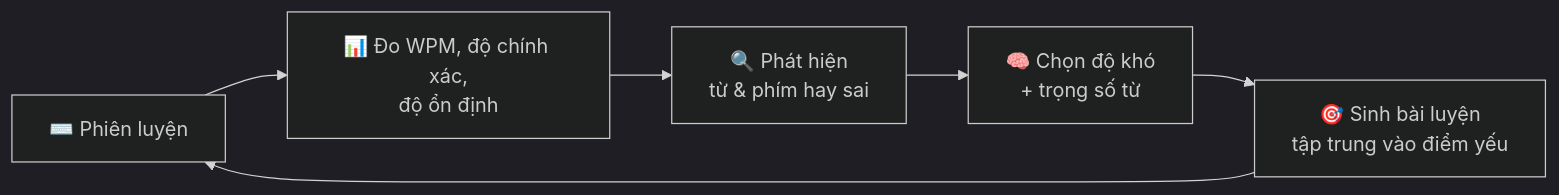
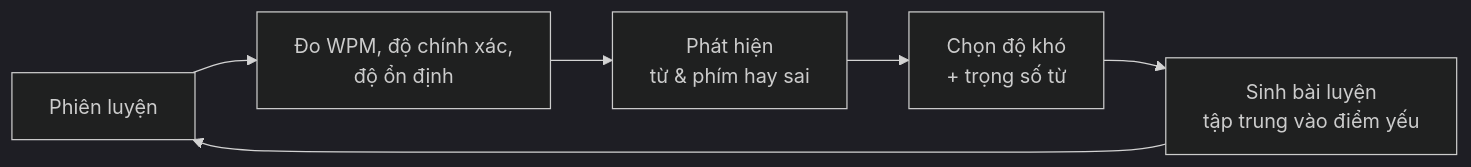
Before and after one commit to huyng-dev/type-flow: the first of 2 diagrams in README.md, drawn with Mermaid (dark theme). The commit also changed other lines of this file and 5 other files, not shown here.

````diff
--- a/README.md
+++ b/README.md
@@ -70,8 +85,8 @@
 ```mermaid
 flowchart LR
-    A["⌨️ Phiên luyện"] --> B["📊 Đo WPM, độ chính xác,<br/>độ ổn định"]
-    B --> C["🔍 Phát hiện<br/>từ & phím hay sai"]
-    C --> D["🧠 Chọn độ khó<br/>+ trọng số từ"]
-    D --> E["🎯 Sinh bài luyện<br/>tập trung vào điểm yếu"]
+    A["Phiên luyện"] --> B["Đo WPM, độ chính xác,<br/>độ ổn định"]
+    B --> C["Phát hiện<br/>từ & phím hay sai"]
+    C --> D["Chọn độ khó<br/>+ trọng số từ"]
+    D --> E["Sinh bài luyện<br/>tập trung vào điểm yếu"]
     E --> A
 ```
````
